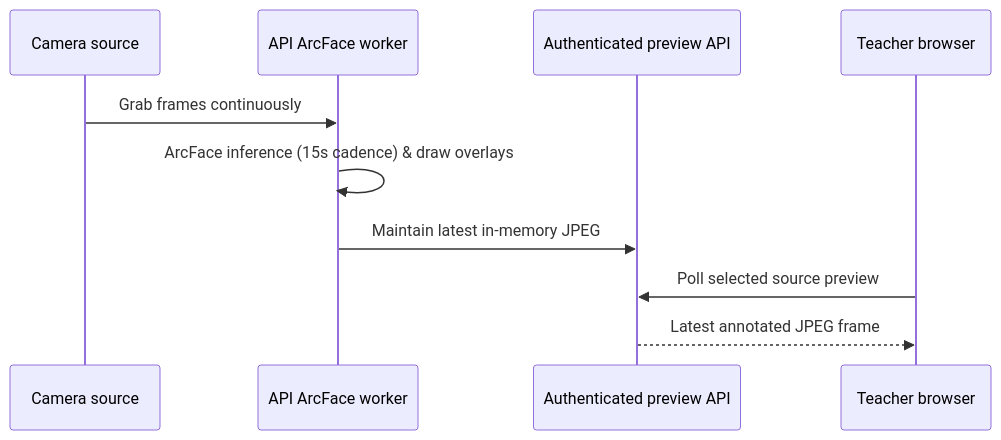
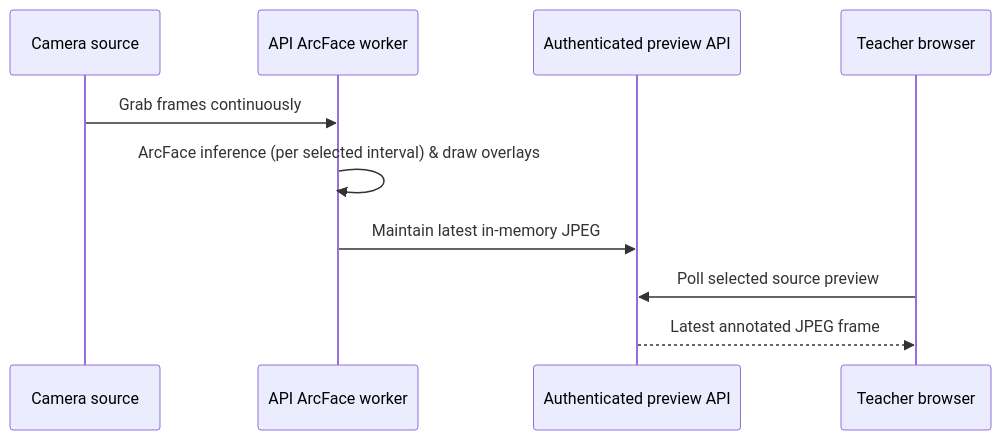
One commit to shubhamxdd/a changed the second of 2 diagrams in README.md. Above: the diagram before and after it, drawn with Mermaid. The commit also changed other lines of this file and 9 other files, not shown here.

````diff
--- a/README.md
+++ b/README.md
@@ -69,12 +69,12 @@
 ```mermaid
 sequenceDiagram
     participant C as Camera source
     participant W as API ArcFace worker
     participant API as Authenticated preview API
     participant T as Teacher browser
     C->>W: Grab frames continuously
-    W->>W: ArcFace inference (15s cadence) & draw overlays
+    W->>W: ArcFace inference (per selected interval) & draw overlays
     W->>API: Maintain latest in-memory JPEG
     T->>API: Poll selected source preview
     API-->>T: Latest annotated JPEG frame
 ```
````
